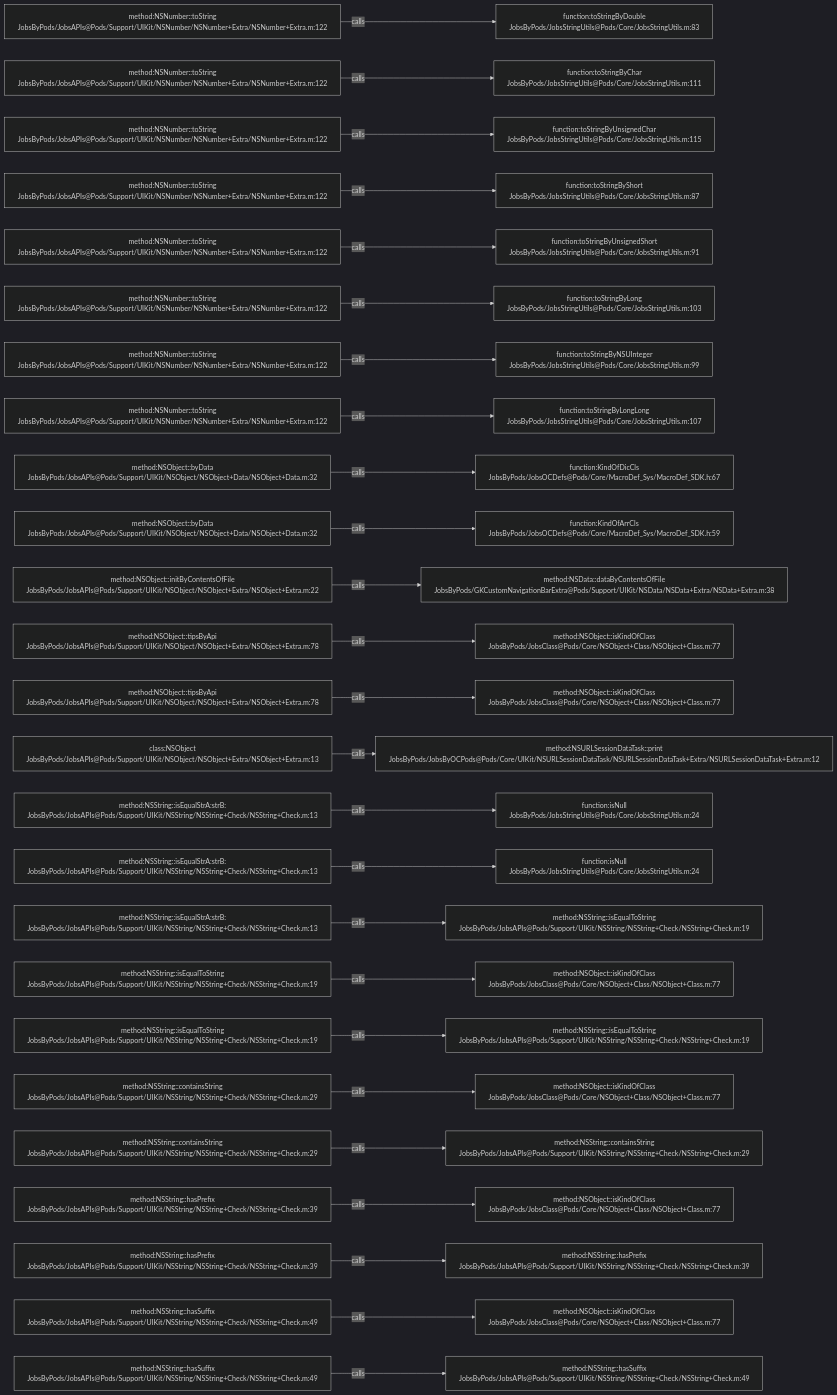
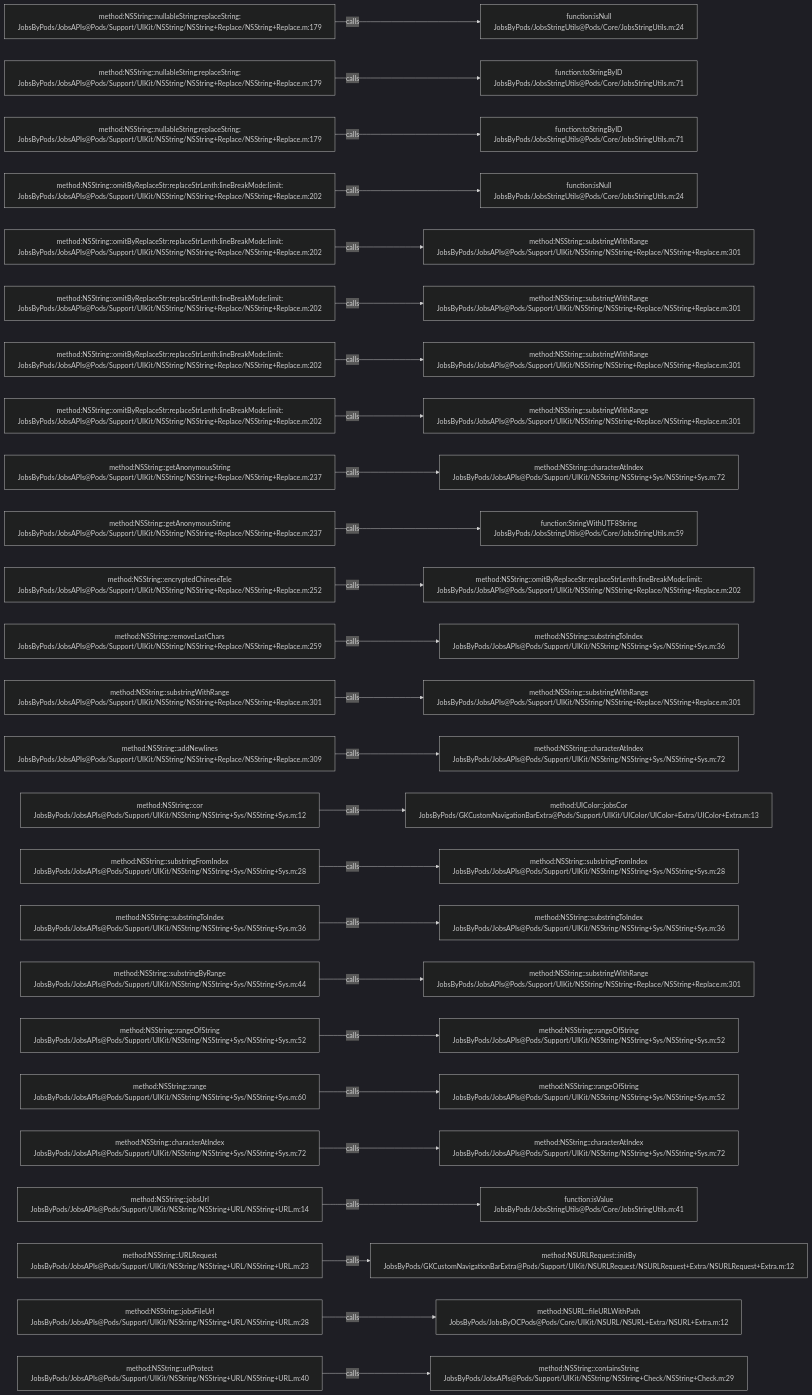
Before and after one commit to JobsKits/JobsOCBaseConfigDemo: the diagram in .codegraph/codegraph.md/graphs/calls-015.md, drawn with Mermaid (dark theme). The commit also changed 1026 other files, not shown here.

````diff
--- a/.codegraph/codegraph.md/graphs/calls-015.md
+++ b/.codegraph/codegraph.md/graphs/calls-015.md
@@ -13,78 +13,78 @@
 ```mermaid
 flowchart LR
-  S1["method:NSNumber::toString<br/>JobsByPods/JobsAPIs@Pods/Support/UIKit/NSNumber/NSNumber+Extra/NSNumber+Extra.m:122"]
-  T1["function:toStringByDouble<br/>JobsByPods/JobsStringUtils@Pods/Core/JobsStringUtils.m:83"]
+  S1["method:NSString::nullableString:replaceString:<br/>JobsByPods/JobsAPIs@Pods/Support/UIKit/NSString/NSString+Replace/NSString+Replace.m:179"]
+  T1["function:isNull<br/>JobsByPods/JobsStringUtils@Pods/Core/JobsStringUtils.m:24"]
   S1 -->|calls| T1
-  S2["method:NSNumber::toString<br/>JobsByPods/JobsAPIs@Pods/Support/UIKit/NSNumber/NSNumber+Extra/NSNumber+Extra.m:122"]
-  T2["function:toStringByChar<br/>JobsByPods/JobsStringUtils@Pods/Core/JobsStringUtils.m:111"]
+  S2["method:NSString::nullableString:replaceString:<br/>JobsByPods/JobsAPIs@Pods/Support/UIKit/NSString/NSString+Replace/NSString+Replace.m:179"]
+  T2["function:toStringByID<br/>JobsByPods/JobsStringUtils@Pods/Core/JobsStringUtils.m:71"]
   S2 -->|calls| T2
-  S3["method:NSNumber::toString<br/>JobsByPods/JobsAPIs@Pods/Support/UIKit/NSNumber/NSNumber+Extra/NSNumber+Extra.m:122"]
-  T3["function:toStringByUnsignedChar<br/>JobsByPods/JobsStringUtils@Pods/Core/JobsStringUtils.m:115"]
+  S3["method:NSString::nullableString:replaceString:<br/>JobsByPods/JobsAPIs@Pods/Support/UIKit/NSString/NSString+Replace/NSString+Replace.m:179"]
+  T3["function:toStringByID<br/>JobsByPods/JobsStringUtils@Pods/Core/JobsStringUtils.m:71"]
   S3 -->|calls| T3
-  S4["method:NSNumber::toString<br/>JobsByPods/JobsAPIs@Pods/Support/UIKit/NSNumber/NSNumber+Extra/NSNumber+Extra.m:122"]
-  T4["function:toStringByShort<br/>JobsByPods/JobsStringUtils@Pods/Core/JobsStringUtils.m:87"]
+  S4["method:NSString::omitByReplaceStr:replaceStrLenth:lineBreakMode:limit:<br/>JobsByPods/JobsAPIs@Pods/Support/UIKit/NSString/NSString+Replace/NSString+Replace.m:202"]
+  T4["function:isNull<br/>JobsByPods/JobsStringUtils@Pods/Core/JobsStringUtils.m:24"]
   S4 -->|calls| T4
-  S5["method:NSNumber::toString<br/>JobsByPods/JobsAPIs@Pods/Support/UIKit/NSNumber/NSNumber+Extra/NSNumber+Extra.m:122"]
-  T5["function:toStringByUnsignedShort<br/>JobsByPods/JobsStringUtils@Pods/Core/JobsStringUtils.m:91"]
+  S5["method:NSString::omitByReplaceStr:replaceStrLenth:lineBreakMode:limit:<br/>JobsByPods/JobsAPIs@Pods/Support/UIKit/NSString/NSString+Replace/NSString+Replace.m:202"]
+  T5["method:NSString::substringWithRange<br/>JobsByPods/JobsAPIs@Pods/Support/UIKit/NSString/NSString+Replace/NSString+Replace.m:301"]
   S5 -->|calls| T5
-  S6["method:NSNumber::toString<br/>JobsByPods/JobsAPIs@Pods/Support/UIKit/NSNumber/NSNumber+Extra/NSNumber+Extra.m:122"]
-  T6["function:toStringByLong<br/>JobsByPods/JobsStringUtils@Pods/Core/JobsStringUtils.m:103"]
+  S6["method:NSString::omitByReplaceStr:replaceStrLenth:lineBreakMode:limit:<br/>JobsByPods/JobsAPIs@Pods/Support/UIKit/NSString/NSString+Replace/NSString+Replace.m:202"]
+  T6["method:NSString::substringWithRange<br/>JobsByPods/JobsAPIs@Pods/Support/UIKit/NSString/NSString+Replace/NSString+Replace.m:301"]
   S6 -->|calls| T6
-  S7["method:NSNumber::toString<br/>JobsByPods/JobsAPIs@Pods/Support/UIKit/NSNumber/NSNumber+Extra/NSNumber+Extra.m:122"]
-  T7["function:toStringByNSUInteger<br/>JobsByPods/JobsStringUtils@Pods/Core/JobsStringUtils.m:99"]
+  S7["method:NSString::omitByReplaceStr:replaceStrLenth:lineBreakMode:limit:<br/>JobsByPods/JobsAPIs@Pods/Support/UIKit/NSString/NSString+Replace/NSString+Replace.m:202"]
+  T7["method:NSString::substringWithRange<br/>JobsByPods/JobsAPIs@Pods/Support/UIKit/NSString/NSString+Replace/NSString+Replace.m:301"]
   S7 -->|calls| T7
-  S8["method:NSNumber::toString<br/>JobsByPods/JobsAPIs@Pods/Support/UIKit/NSNumber/NSNumber+Extra/NSNumber+Extra.m:122"]
-  T8["function:toStringByLongLong<br/>JobsByPods/JobsStringUtils@Pods/Core/JobsStringUtils.m:107"]
+  S8["method:NSString::omitByReplaceStr:replaceStrLenth:lineBreakMode:limit:<br/>JobsByPods/JobsAPIs@Pods/Support/UIKit/NSString/NSString+Replace/NSString+Replace.m:202"]
+  T8["method:NSString::substringWithRange<br/>JobsByPods/JobsAPIs@Pods/Support/UIKit/NSString/NSString+Replace/NSString+Replace.m:301"]
   S8 -->|calls| T8
-  S9["method:NSObject::byData<br/>JobsByPods/JobsAPIs@Pods/Support/UIKit/NSObject/NSObject+Data/NSObject+Data.m:32"]
-  T9["function:KindOfDicCls<br/>JobsByPods/JobsOCDefs@Pods/Core/MacroDef_Sys/MacroDef_SDK.h:67"]
+  S9["method:NSString::getAnonymousString<br/>JobsByPods/JobsAPIs@Pods/Support/UIKit/NSString/NSString+Replace/NSString+Replace.m:237"]
+  T9["method:NSString::characterAtIndex<br/>JobsByPods/JobsAPIs@Pods/Support/UIKit/NSString/NSString+Sys/NSString+Sys.m:72"]
   S9 -->|calls| T9
-  S10["method:NSObject::byData<br/>JobsByPods/JobsAPIs@Pods/Support/UIKit/NSObject/NSObject+Data/NSObject+Data.m:32"]
-  T10["function:KindOfArrCls<br/>JobsByPods/JobsOCDefs@Pods/Core/MacroDef_Sys/MacroDef_SDK.h:59"]
+  S10["method:NSString::getAnonymousString<br/>JobsByPods/JobsAPIs@Pods/Support/UIKit/NSString/NSString+Replace/NSString+Replace.m:237"]
+  T10["function:StringWithUTF8String<br/>JobsByPods/JobsStringUtils@Pods/Core/JobsStringUtils.m:59"]
   S10 -->|calls| T10
-  S11["method:NSObject::initByContentsOfFile<br/>JobsByPods/JobsAPIs@Pods/Support/UIKit/NSObject/NSObject+Extra/NSObject+Extra.m:22"]
-  T11["method:NSData::dataByContentsOfFile<br/>JobsByPods/GKCustomNavigationBarExtra@Pods/Support/UIKit/NSData/NSData+Extra/NSData+Extra.m:38"]
+  S11["method:NSString::encryptedChineseTele<br/>JobsByPods/JobsAPIs@Pods/Support/UIKit/NSString/NSString+Replace/NSString+Replace.m:252"]
+  T11["method:NSString::omitByReplaceStr:replaceStrLenth:lineBreakMode:limit:<br/>JobsByPods/JobsAPIs@Pods/Support/UIKit/NSString/NSString+Replace/NSString+Replace.m:202"]
   S11 -->|calls| T11
-  S12["method:NSObject::tipsByApi<br/>JobsByPods/JobsAPIs@Pods/Support/UIKit/NSObject/NSObject+Extra/NSObject+Extra.m:78"]
-  T12["method:NSObject::isKindOfClass<br/>JobsByPods/JobsClass@Pods/Core/NSObject+Class/NSObject+Class.m:77"]
+  S12["method:NSString::removeLastChars<br/>JobsByPods/JobsAPIs@Pods/Support/UIKit/NSString/NSString+Replace/NSString+Replace.m:259"]
+  T12["method:NSString::substringToIndex<br/>JobsByPods/JobsAPIs@Pods/Support/UIKit/NSString/NSString+Sys/NSString+Sys.m:36"]
   S12 -->|calls| T12
-  S13["method:NSObject::tipsByApi<br/>JobsByPods/JobsAPIs@Pods/Support/UIKit/NSObject/NSObject+Extra/NSObject+Extra.m:78"]
-  T13["method:NSObject::isKindOfClass<br/>JobsByPods/JobsClass@Pods/Core/NSObject+Class/NSObject+Class.m:77"]
+  S13["method:NSString::substringWithRange<br/>JobsByPods/JobsAPIs@Pods/Support/UIKit/NSString/NSString+Replace/NSString+Replace.m:301"]
+  T13["method:NSString::substringWithRange<br/>JobsByPods/JobsAPIs@Pods/Support/UIKit/NSString/NSString+Replace/NSString+Replace.m:301"]
   S13 -->|calls| T13
-  S14["class:NSObject<br/>JobsByPods/JobsAPIs@Pods/Support/UIKit/NSObject/NSObject+Extra/NSObject+Extra.m:13"]
-  T14["method:NSURLSessionDataTask::print<br/>JobsByPods/JobsByOCPods@Pods/Core/UIKit/NSURLSessionDataTask/NSURLSessionDataTask+Extra/NSURLSessionDataTask+Extra.m:12"]
+  S14["method:NSString::addNewlines<br/>JobsByPods/JobsAPIs@Pods/Support/UIKit/NSString/NSString+Replace/NSString+Replace.m:309"]
+  T14["method:NSString::characterAtIndex<br/>JobsByPods/JobsAPIs@Pods/Support/UIKit/NSString/NSString+Sys/NSString+Sys.m:72"]
   S14 -->|calls| T14
-  S15["method:NSString::isEqualStrA:strB:<br/>JobsByPods/JobsAPIs@Pods/Support/UIKit/NSString/NSString+Check/NSString+Check.m:13"]
-  T15["function:isNull<br/>JobsByPods/JobsStringUtils@Pods/Core/JobsStringUtils.m:24"]
+  S15["method:NSString::cor<br/>JobsByPods/JobsAPIs@Pods/Support/UIKit/NSString/NSString+Sys/NSString+Sys.m:12"]
+  T15["method:UIColor::jobsCor<br/>JobsByPods/GKCustomNavigationBarExtra@Pods/Support/UIKit/UIColor/UIColor+Extra/UIColor+Extra.m:13"]
   S15 -->|calls| T15
-  S16["method:NSString::isEqualStrA:strB:<br/>JobsByPods/JobsAPIs@Pods/Support/UIKit/NSString/NSString+Check/NSString+Check.m:13"]
-  T16["function:isNull<br/>JobsByPods/JobsStringUtils@Pods/Core/JobsStringUtils.m:24"]
+  S16["method:NSString::substringFromIndex<br/>JobsByPods/JobsAPIs@Pods/Support/UIKit/NSString/NSString+Sys/NSString+Sys.m:28"]
+  T16["method:NSString::substringFromIndex<br/>JobsByPods/JobsAPIs@Pods/Support/UIKit/NSString/NSString+Sys/NSString+Sys.m:28"]
   S16 -->|calls| T16
-  S17["method:NSString::isEqualStrA:strB:<br/>JobsByPods/JobsAPIs@Pods/Support/UIKit/NSString/NSString+Check/NSString+Check.m:13"]
-  T17["method:NSString::isEqualToString<br/>JobsByPods/JobsAPIs@Pods/Support/UIKit/NSString/NSString+Check/NSString+Check.m:19"]
+  S17["method:NSString::substringToIndex<br/>JobsByPods/JobsAPIs@Pods/Support/UIKit/NSString/NSString+Sys/NSString+Sys.m:36"]
+  T17["method:NSString::substringToIndex<br/>JobsByPods/JobsAPIs@Pods/Support/UIKit/NSString/NSString+Sys/NSString+Sys.m:36"]
   S17 -->|calls| T17
-  S18["method:NSString::isEqualToString<br/>JobsByPods/JobsAPIs@Pods/Support/UIKit/NSString/NSString+Check/NSString+Check.m:19"]
-  T18["method:NSObject::isKindOfClass<br/>JobsByPods/JobsClass@Pods/Core/NSObject+Class/NSObject+Class.m:77"]
+  S18["method:NSString::substringByRange<br/>JobsByPods/JobsAPIs@Pods/Support/UIKit/NSString/NSString+Sys/NSString+Sys.m:44"]
+  T18["method:NSString::substringWithRange<br/>JobsByPods/JobsAPIs@Pods/Support/UIKit/NSString/NSString+Replace/NSString+Replace.m:301"]
   S18 -->|calls| T18
-  S19["method:NSString::isEqualToString<br/>JobsByPods/JobsAPIs@Pods/Support/UIKit/NSString/NSString+Check/NSString+Check.m:19"]
-  T19["method:NSString::isEqualToString<br/>JobsByPods/JobsAPIs@Pods/Support/UIKit/NSString/NSString+Check/NSString+Check.m:19"]
+  S19["method:NSString::rangeOfString<br/>JobsByPods/JobsAPIs@Pods/Support/UIKit/NSString/NSString+Sys/NSString+Sys.m:52"]
+  T19["method:NSString::rangeOfString<br/>JobsByPods/JobsAPIs@Pods/Support/UIKit/NSString/NSString+Sys/NSString+Sys.m:52"]
   S19 -->|calls| T19
-  S20["method:NSString::containsString<br/>JobsByPods/JobsAPIs@Pods/Support/UIKit/NSString/NSString+Check/NSString+Check.m:29"]
-  T20["method:NSObject::isKindOfClass<br/>JobsByPods/JobsClass@Pods/Core/NSObject+Class/NSObject+Class.m:77"]
+  S20["method:NSString::range<br/>JobsByPods/JobsAPIs@Pods/Support/UIKit/NSString/NSString+Sys/NSString+Sys.m:60"]
+  T20["method:NSString::rangeOfString<br/>JobsByPods/JobsAPIs@Pods/Support/UIKit/NSString/NSString+Sys/NSString+Sys.m:52"]
   S20 -->|calls| T20
-  S21["method:NSString::containsString<br/>JobsByPods/JobsAPIs@Pods/Support/UIKit/NSString/NSString+Check/NSString+Check.m:29"]
-  T21["method:NSString::containsString<br/>JobsByPods/JobsAPIs@Pods/Support/UIKit/NSString/NSString+Check/NSString+Check.m:29"]
+  S21["method:NSString::characterAtIndex<br/>JobsByPods/JobsAPIs@Pods/Support/UIKit/NSString/NSString+Sys/NSString+Sys.m:72"]
+  T21["method:NSString::characterAtIndex<br/>JobsByPods/JobsAPIs@Pods/Support/UIKit/NSString/NSString+Sys/NSString+Sys.m:72"]
   S21 -->|calls| T21
-  S22["method:NSString::hasPrefix<br/>JobsByPods/JobsAPIs@Pods/Support/UIKit/NSString/NSString+Check/NSString+Check.m:39"]
-  T22["method:NSObject::isKindOfClass<br/>JobsByPods/JobsClass@Pods/Core/NSObject+Class/NSObject+Class.m:77"]
+  S22["method:NSString::jobsUrl<br/>JobsByPods/JobsAPIs@Pods/Support/UIKit/NSString/NSString+URL/NSString+URL.m:14"]
+  T22["function:isValue<br/>JobsByPods/JobsStringUtils@Pods/Core/JobsStringUtils.m:41"]
   S22 -->|calls| T22
-  S23["method:NSString::hasPrefix<br/>JobsByPods/JobsAPIs@Pods/Support/UIKit/NSString/NSString+Check/NSString+Check.m:39"]
-  T23["method:NSString::hasPrefix<br/>JobsByPods/JobsAPIs@Pods/Support/UIKit/NSString/NSString+Check/NSString+Check.m:39"]
+  S23["method:NSString::URLRequest<br/>JobsByPods/JobsAPIs@Pods/Support/UIKit/NSString/NSString+URL/NSString+URL.m:23"]
+  T23["method:NSURLRequest::initBy<br/>JobsByPods/GKCustomNavigationBarExtra@Pods/Support/UIKit/NSURLRequest/NSURLRequest+Extra/NSURLRequest+Extra.m:12"]
   S23 -->|calls| T23
-  S24["method:NSString::hasSuffix<br/>JobsByPods/JobsAPIs@Pods/Support/UIKit/NSString/NSString+Check/NSString+Check.m:49"]
-  T24["method:NSObject::isKindOfClass<br/>JobsByPods/JobsClass@Pods/Core/NSObject+Class/NSObject+Class.m:77"]
+  S24["method:NSString::jobsFileUrl<br/>JobsByPods/JobsAPIs@Pods/Support/UIKit/NSString/NSString+URL/NSString+URL.m:28"]
+  T24["method:NSURL::fileURLWithPath<br/>JobsByPods/JobsByOCPods@Pods/Core/UIKit/NSURL/NSURL+Extra/NSURL+Extra.m:12"]
   S24 -->|calls| T24
-  S25["method:NSString::hasSuffix<br/>JobsByPods/JobsAPIs@Pods/Support/UIKit/NSString/NSString+Check/NSString+Check.m:49"]
-  T25["method:NSString::hasSuffix<br/>JobsByPods/JobsAPIs@Pods/Support/UIKit/NSString/NSString+Check/NSString+Check.m:49"]
+  S25["method:NSString::urlProtect<br/>JobsByPods/JobsAPIs@Pods/Support/UIKit/NSString/NSString+URL/NSString+URL.m:40"]
+  T25["method:NSString::containsString<br/>JobsByPods/JobsAPIs@Pods/Support/UIKit/NSString/NSString+Check/NSString+Check.m:29"]
   S25 -->|calls| T25
 ```
````
